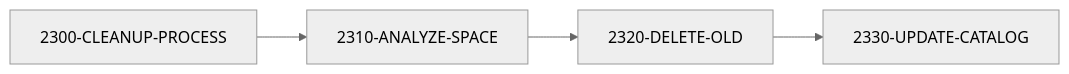
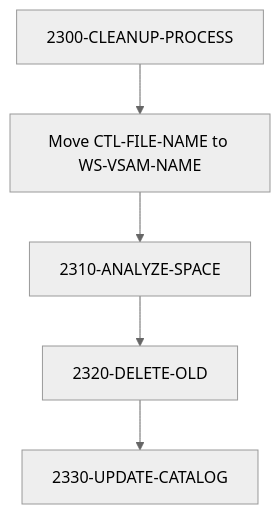
Before and after one commit to haladir-com/legacy-benchmark-docs-vb70e1: the third of 5 diagrams in docs/programs/UTLMNT00.mdx, drawn with Mermaid (neutral theme). The commit also changed other lines of this file and 64 other files, not shown here.

````diff
--- a/docs/programs/UTLMNT00.mdx
+++ b/docs/programs/UTLMNT00.mdx
@@ -50,6 +223,7 @@
 ```mermaid
-graph LR
-    A[2300-CLEANUP-PROCESS] --> B[2310-ANALYZE-SPACE]
-    B --> C[2320-DELETE-OLD]
-    C --> D[2330-UPDATE-CATALOG]
+flowchart TD
+    A[2300-CLEANUP-PROCESS] --> B[Move CTL-FILE-NAME to WS-VSAM-NAME]
+    B --> C[2310-ANALYZE-SPACE]
+    C --> D[2320-DELETE-OLD]
+    D --> E[2330-UPDATE-CATALOG]
 ```
````
